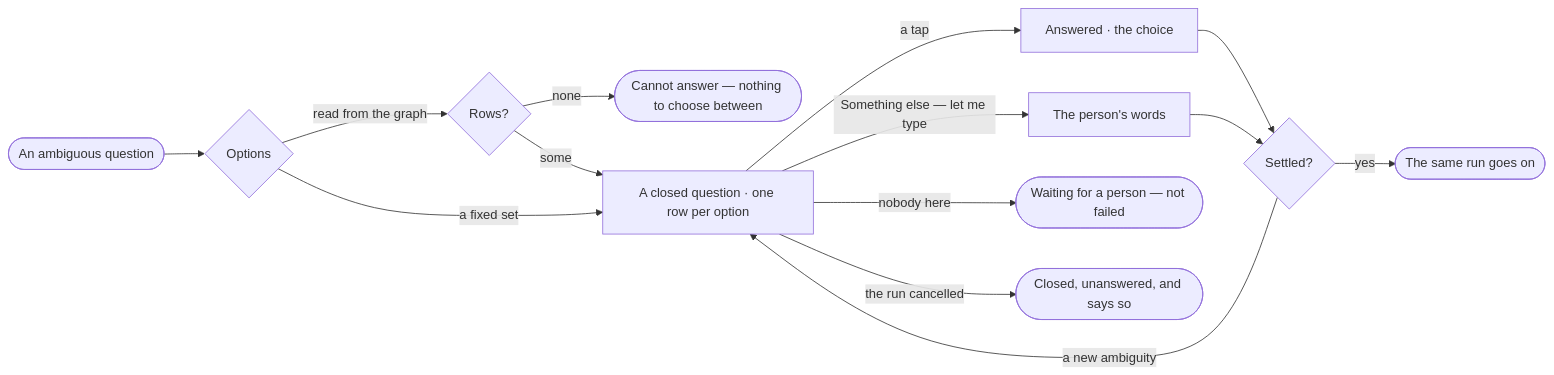
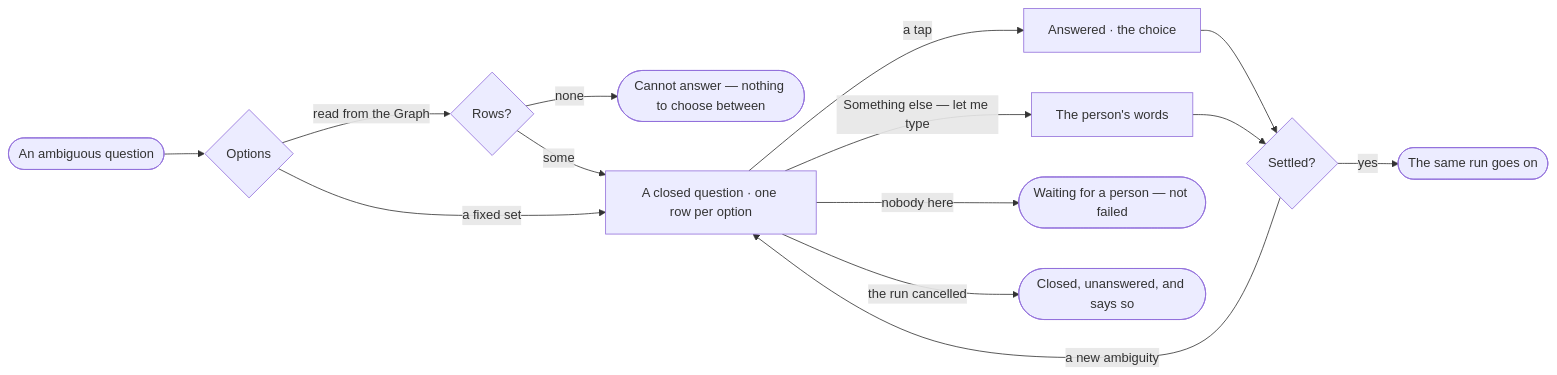
The diagram in specs/capabilities/explore/features/EX-F03-ask-a-question/stories/EX-23-be-asked-back-not-guessed-for/story.md (invana/invana), drawn with Mermaid before and after one commit. The commit also changed other lines of this file and 522 other files, not shown here.

````diff
--- a/specs/capabilities/explore/features/EX-F03-ask-a-question/stories/EX-23-be-asked-back-not-guessed-for/story.md
+++ b/specs/capabilities/explore/features/EX-F03-ask-a-question/stories/EX-23-be-asked-back-not-guessed-for/story.md
@@ -26,14 +26,14 @@
 ```mermaid
 flowchart LR
   a([An ambiguous question]) --> o{Options}
-  o -->|read from the graph| r{Rows?}
+  o -->|read from the Graph| r{Rows?}
   r -->|none| ca(["Cannot answer — nothing to choose between"])
   r -->|some| q["A closed question · one row per option"]
   o -->|a fixed set| q
   q -->|a tap| v["Answered · the choice"] --> again{Settled?}
   again -->|a new ambiguity| q
   again -->|yes| run(["The same run goes on"])
   q -->|Something else — let me type| typed["The person's words"] --> again
   q -->|nobody here| wait(["Waiting for a person — not failed"])
   q -->|the run cancelled| closed(["Closed, unanswered, and says so"])
 ```
````
